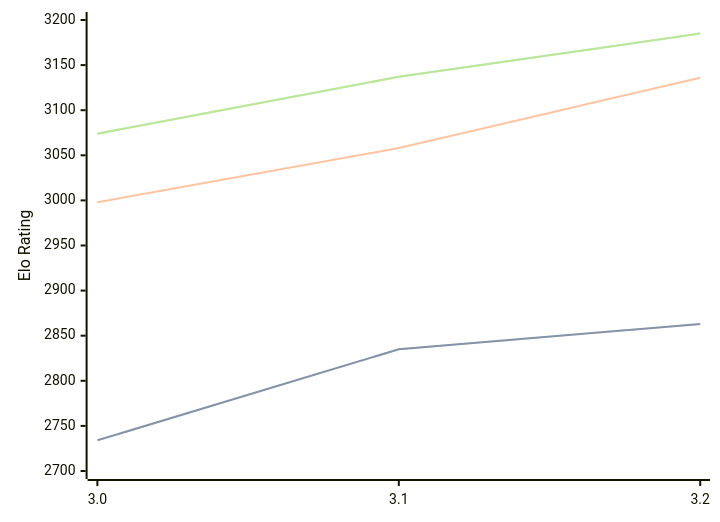
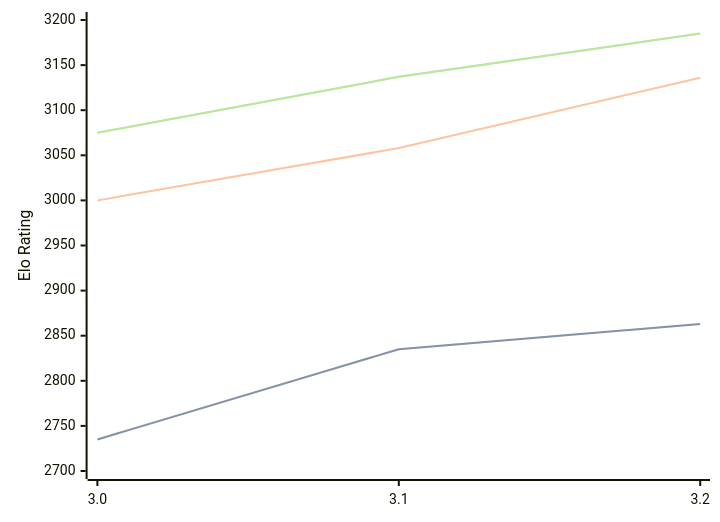
The diagram in engines/Vajolet2.md (computer-chess-index/cci), drawn with Mermaid before and after one commit. The commit also changed other lines of this file, not shown here.

Commit message:
Update CCI Ratings (ELO VLTC) - 2026-10-07

````diff
--- a/engines/Vajolet2.md
+++ b/engines/Vajolet2.md
@@ -33,11 +33,11 @@
 ```mermaid
 %%{init: {"theme":"base","themeVariables":{"seriesColors:['#a3a3a3','#222221','#faa371']}}}%%
 xychart-beta
   x-axis ["3.0", "3.1", "3.2"]
   y-axis "Elo Rating" 2700 --> 3200
-  line "" [2734, 2835, 2863]
-  line "STC (8.0+0.08s)" [2734, 2835, 2863]
-  line "LTC (60.0+0.60s)" [2998, 3058, 3136]
-  line "" [3074, 3137, 3185]
-  line "VLTC (2m24s+1.12s)" [3074, 3137, 3185]
+  line "" [2735, 2835, 2863]
+  line "STC (8.0+0.08s)" [2735, 2835, 2863]
+  line "LTC (60.0+0.60s)" [3000, 3058, 3136]
+  line "" [3075, 3137, 3185]
+  line "VLTC (2m24s+1.12s)" [3075, 3137, 3185]
 ```
````
